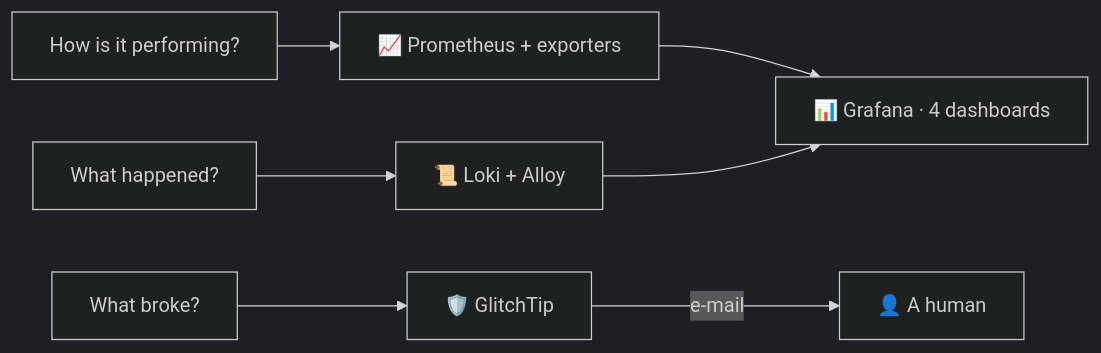
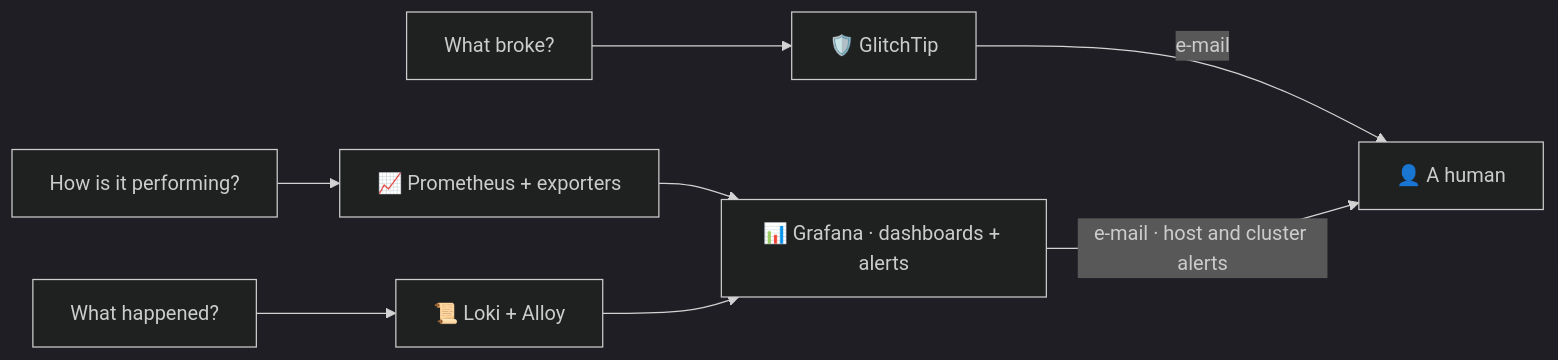
The diagram in architecture/monitoring/en.md (AndDev741/Beyou-arch-design), drawn with Mermaid (dark theme) before and after one commit. The commit also changed other lines of this file and 29 other files, not shown here.

````diff
--- a/architecture/monitoring/en.md
+++ b/architecture/monitoring/en.md
@@ -8,9 +8,10 @@
 ```mermaid
 flowchart LR
   Q1["How is it performing?"] --> PR["📈 Prometheus + exporters"]
   Q2["What happened?"] --> LK["📜 Loki + Alloy"]
   Q3["What broke?"] --> GT["🛡️ GlitchTip"]
-  PR --> GF["📊 Grafana · 4 dashboards"]
+  PR --> GF["📊 Grafana · dashboards + alerts"]
   LK --> GF
   GT -->|"e-mail"| HUMAN["👤 A human"]
+  GF -->|"e-mail · host and cluster alerts"| HUMAN
 ```
````
